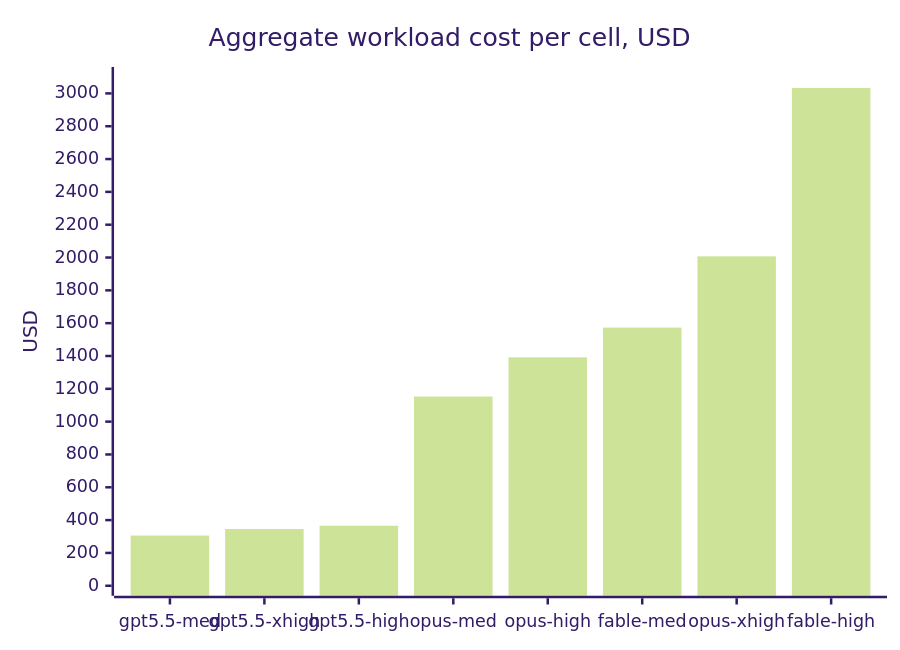
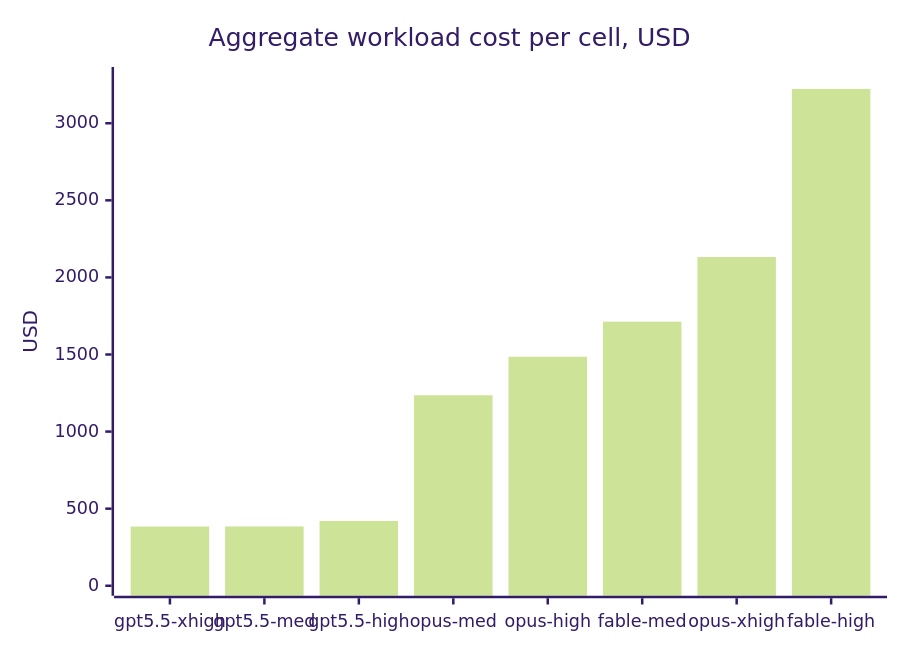
The fifth of 5 diagrams in agents-comparison/README.md (korchasa/flowai-experiments), drawn with Mermaid (forest theme) before and after one commit. The commit also changed other lines of this file, not shown here.

````diff
--- a/agents-comparison/README.md
+++ b/agents-comparison/README.md
@@ -198,7 +200,7 @@
 ```mermaid
 xychart-beta
   title "Aggregate workload cost per cell, USD"
-  x-axis ["gpt5.5-med", "gpt5.5-xhigh", "gpt5.5-high", "opus-med", "opus-high", "fable-med", "opus-xhigh", "fable-high"]
-  y-axis "USD" 0 --> 3100
-  bar [305.78, 345.55, 365.81, 1153.20, 1391.88, 1573.16, 2007.15, 3033.53]
+  x-axis ["gpt5.5-xhigh", "gpt5.5-med", "gpt5.5-high", "opus-med", "opus-high", "fable-med", "opus-xhigh", "fable-high"]
+  y-axis "USD" 0 --> 3300
+  bar [384.10, 384.56, 420.41, 1235.75, 1485.50, 1713.00, 2132.19, 3222.62]
 ```
````
